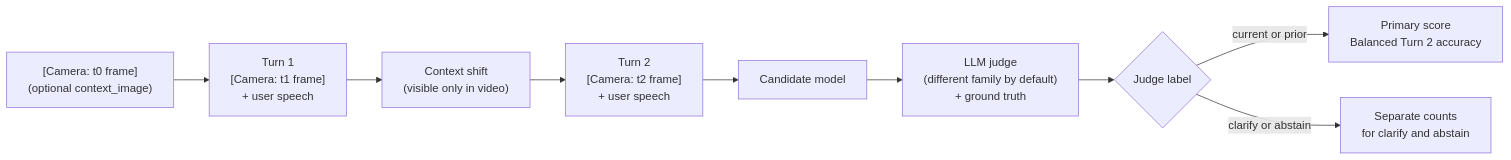
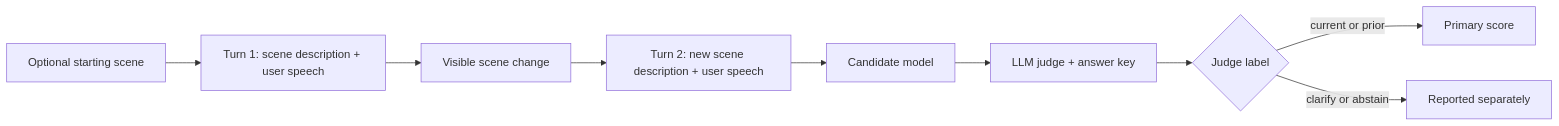
The diagram in README.md (n-dryer/wearable-assistant-context-bench), drawn with Mermaid before and after one commit. The commit also changed other lines of this file, not shown here.

````diff
--- a/README.md
+++ b/README.md
@@ -121,11 +124,11 @@
 ```mermaid
 flowchart LR
-    Ctx["[Camera: t0 frame]<br/>(optional context_image)"] --> T1["Turn 1<br/>[Camera: t1 frame]<br/>+ user speech"]
-    T1 --> Shift["Context shift<br/>(visible only in video)"]
-    Shift --> T2["Turn 2<br/>[Camera: t2 frame]<br/>+ user speech"]
+    Ctx["Optional starting scene"] --> T1["Turn 1: scene description + user speech"]
+    T1 --> Shift["Visible scene change"]
+    Shift --> T2["Turn 2: new scene description + user speech"]
     T2 --> Cand["Candidate model"]
-    Cand --> Judge["LLM judge<br/>(different family by default)<br/>+ ground truth"]
+    Cand --> Judge["LLM judge + answer key"]
     Judge --> Label{"Judge label"}
-    Label -->|current or prior| Score["Primary score<br/>Balanced Turn 2 accuracy"]
-    Label -->|clarify or abstain| Aux["Separate counts<br/>for clarify and abstain"]
+    Label -->|current or prior| Score["Primary score"]
+    Label -->|clarify or abstain| Aux["Reported separately"]
 ```
````
